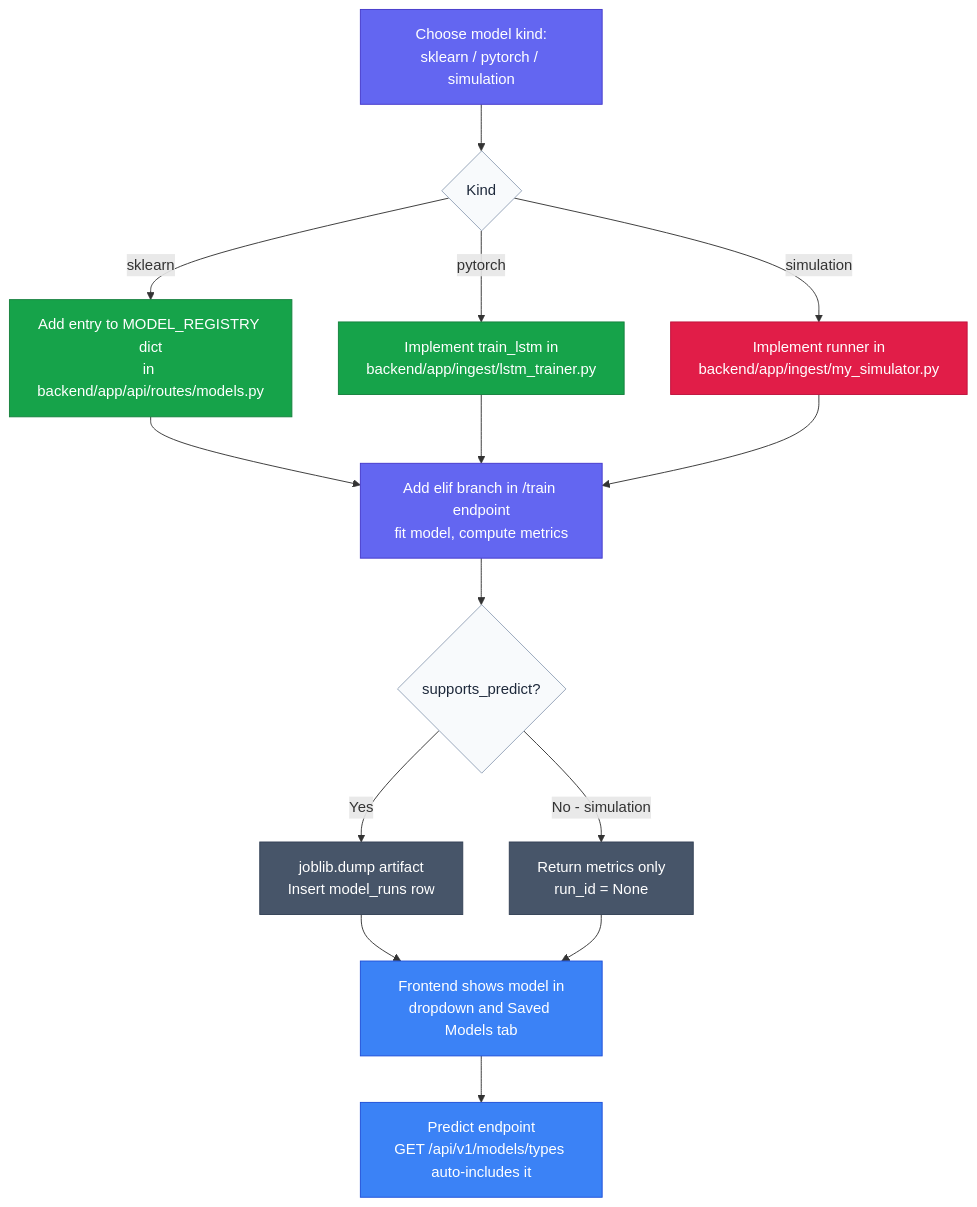
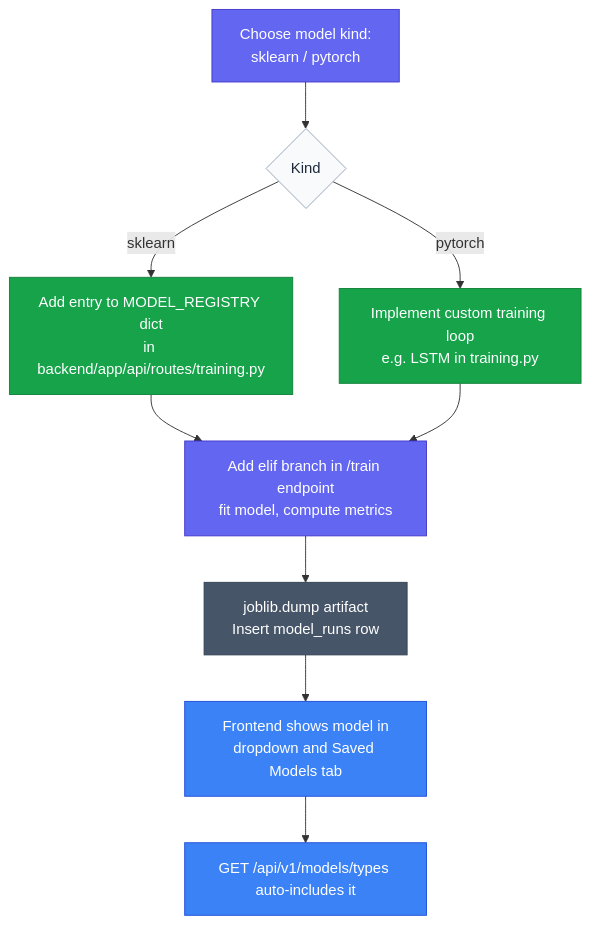
Before and after one commit to graham-louis/MLPlayground: the fifth of 7 diagrams in docs/architecture.md, drawn with Mermaid. The commit also changed other lines of this file and 35 other files, not shown here.

````diff
--- a/docs/architecture.md
+++ b/docs/architecture.md
@@ -244,35 +205,27 @@
 ```mermaid
 flowchart TD
-    A[Choose model kind:\nsklearn / pytorch / simulation] --> B{Kind}
+    A[Choose model kind:\nsklearn / pytorch] --> B{Kind}
 
-    B -->|sklearn| C[Add entry to MODEL_REGISTRY dict\nin backend/app/api/routes/models.py]
-    B -->|pytorch| D[Implement train_lstm in\nbackend/app/ingest/lstm_trainer.py]
-    B -->|simulation| E[Implement runner in\nbackend/app/ingest/my_simulator.py]
+    B -->|sklearn| C[Add entry to MODEL_REGISTRY dict\nin backend/app/api/routes/training.py]
+    B -->|pytorch| D[Implement custom training loop\ne.g. LSTM in training.py]
 
     C --> F[Add elif branch in /train endpoint\nfit model, compute metrics]
     D --> F
-    E --> F
 
-    F --> G{supports_predict?}
-    G -->|Yes| H[joblib.dump artifact\nInsert model_runs row]
-    G -->|No - simulation| I[Return metrics only\nrun_id = None]
+    F --> G[joblib.dump artifact\nInsert model_runs row]
 
-    H --> J[Frontend shows model in\ndropdown and Saved Models tab]
-    I --> J
-
-    J --> K[Predict endpoint\nGET /api/v1/models/types auto-includes it]
+    G --> H[Frontend shows model in\ndropdown and Saved Models tab]
+    H --> I[GET /api/v1/models/types auto-includes it]
 
     classDef decision fill:#f8fafc,color:#1e293b,stroke:#94a3b8
     classDef api fill:#6366f1,color:#fff,stroke:#4338ca
     classDef ml fill:#16a34a,color:#fff,stroke:#15803d
-    classDef sim fill:#e11d48,color:#fff,stroke:#be123c
     classDef artifact fill:#475569,color:#fff,stroke:#334155
     classDef frontend fill:#3b82f6,color:#fff,stroke:#1d4ed8
 
     class B,G decision
     class A,F api
     class C,D ml
-    class E sim
-    class H,I artifact
-    class J,K frontend
+    class G artifact
+    class H,I frontend
 ```
````
